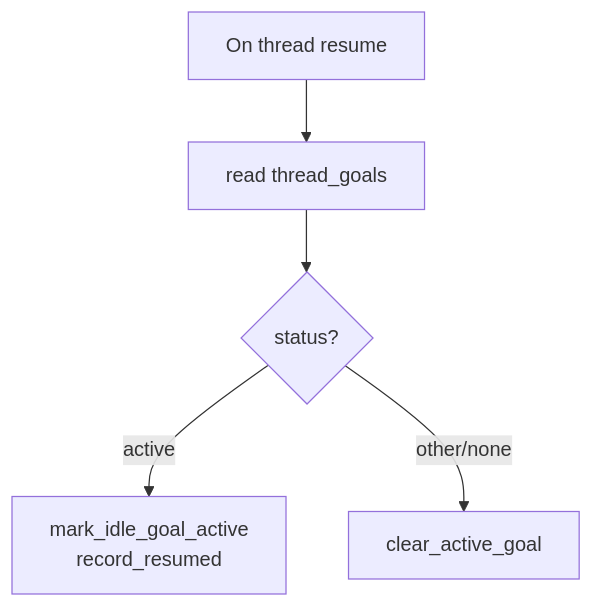
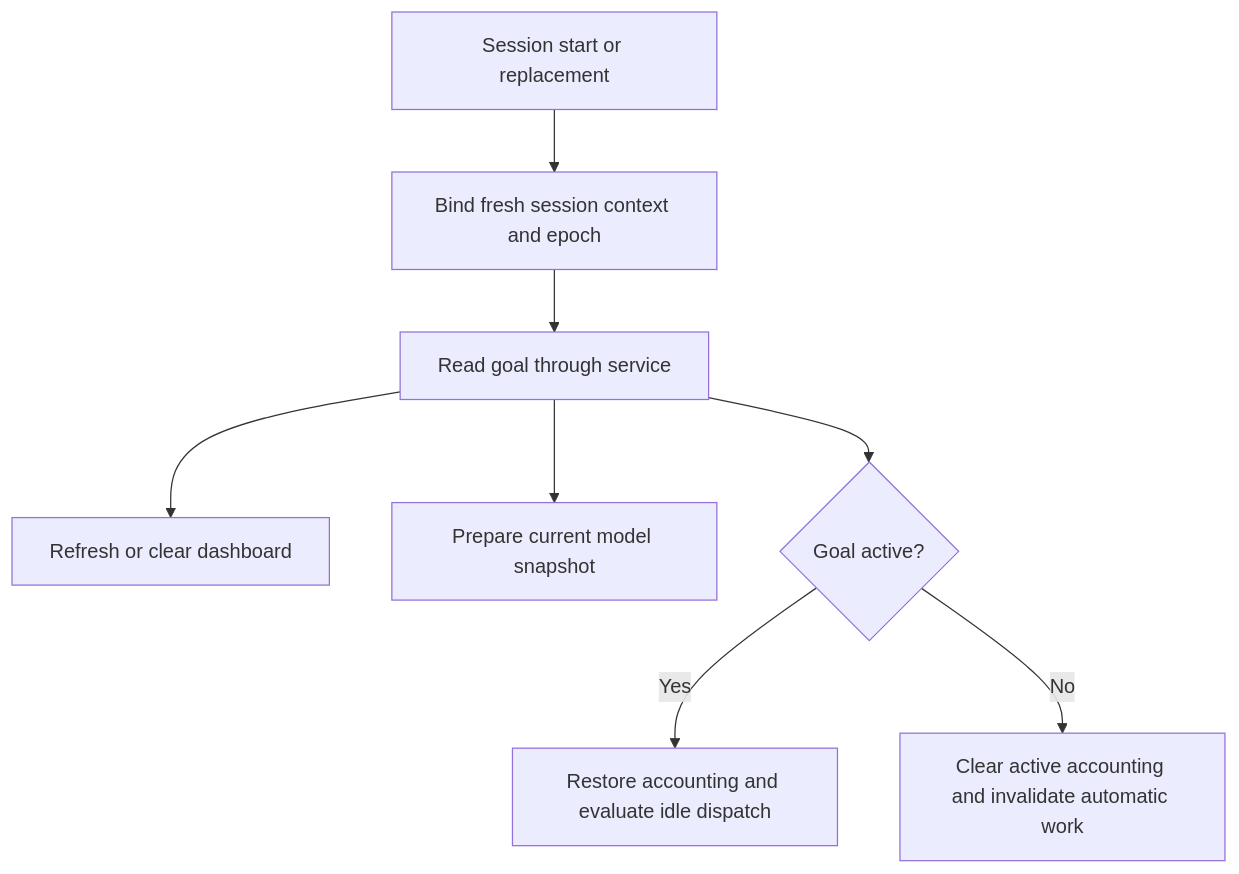
The third of 6 diagrams in docs/arch/architecture.md (WeZZard/pi-secretary), drawn with Mermaid before and after one commit. The commit also changed other lines of this file and 32 other files, not shown here.

First line of the commit message:
fix: synchronize goal state and order automatic continuation

````diff
--- a/docs/arch/architecture.md
+++ b/docs/arch/architecture.md
@@ -226,7 +238,10 @@
 ```mermaid
 flowchart TD
-    R[On thread resume] --> G[read thread_goals]
-    G --> A{status?}
-    A -->|active| M[mark_idle_goal_active<br/>record_resumed]
-    A -->|other/none| C[clear_active_goal]
+    R[Session start or replacement] --> B[Bind fresh session context and epoch]
+    B --> G[Read goal through service]
+    G --> U[Refresh or clear dashboard]
+    G --> C[Prepare current model snapshot]
+    G --> A{Goal active?}
+    A -->|Yes| M[Restore accounting and evaluate idle dispatch]
+    A -->|No| N[Clear active accounting and invalidate automatic work]
 ```
````
